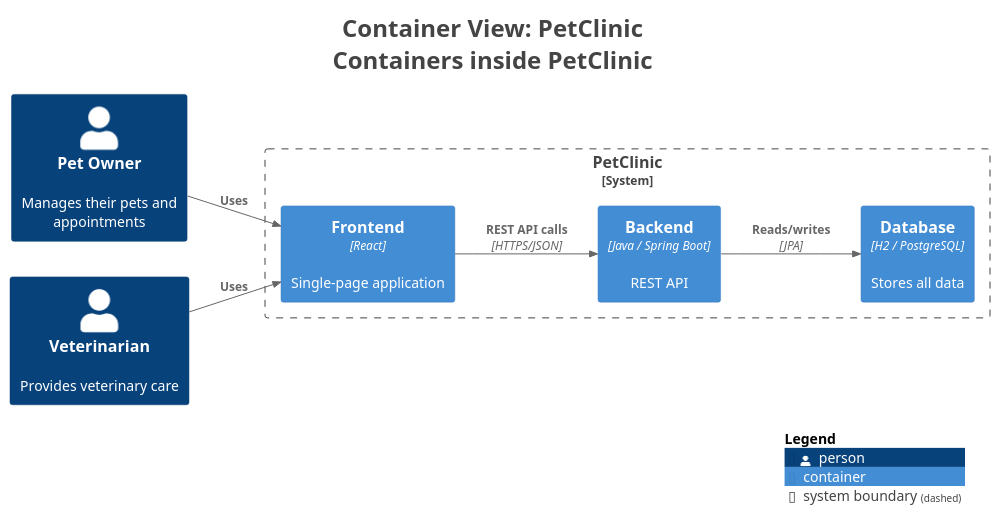
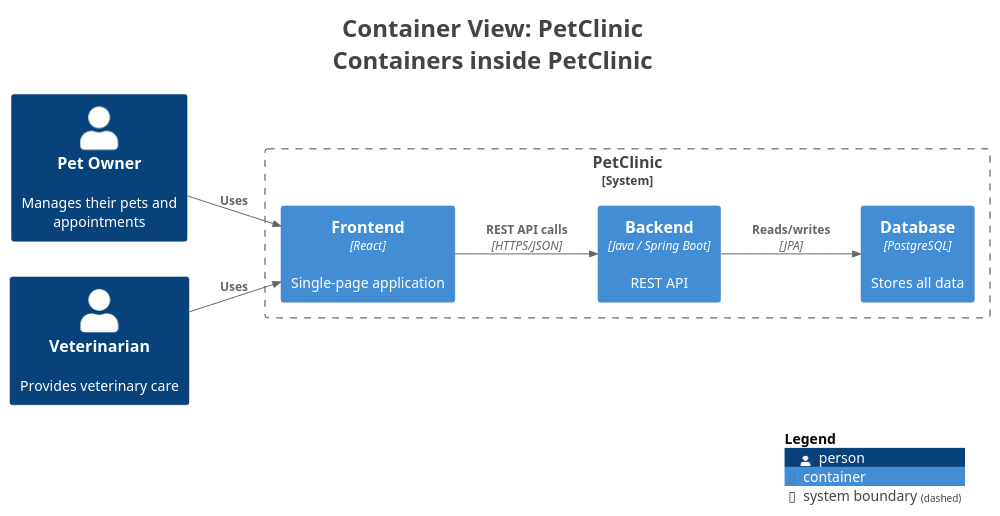
The diagram in petclinic-backend/docs/generated/c4views/C2-Containers.puml (victorrentea/petclinic), drawn with PlantUML before and after one commit. The commit also changed 44 other files, not shown here.

```diff
--- a/petclinic-backend/docs/generated/c4views/C2-Containers.puml
+++ b/petclinic-backend/docs/generated/c4views/C2-Containers.puml
@@ -1,34 +1,34 @@
 @startuml
 title <size:24>Container View: PetClinic</size>\n<size:24>Containers inside PetClinic</size>
 
 set separator none
 left to right direction
 
 <style>
   root {
     BackgroundColor: #ffffff
     FontColor: #444444
   }
 </style>
 
 !include <C4/C4>
 !include <C4/C4_Context>
 !include <C4/C4_Container>
 
 Person(PetOwner, "Pet Owner", $descr="Manages their pets and appointments", $tags="", $link="")
 Person(Veterinarian, "Veterinarian", $descr="Provides veterinary care", $tags="", $link="")
 
 System_Boundary("PetClinic_boundary", "PetClinic", $tags="") {
   Container(PetClinic.Frontend, "Frontend", $techn="React", $descr="Single-page application", $tags="", $link="")
   Container(PetClinic.Backend, "Backend", $techn="Java / Spring Boot", $descr="REST API", $tags="", $link="")
-  Container(PetClinic.Database, "Database", $techn="H2 / PostgreSQL", $descr="Stores all data", $tags="", $link="")
+  Container(PetClinic.Database, "Database", $techn="PostgreSQL", $descr="Stores all data", $tags="", $link="")
 }
 
 Rel(Veterinarian, PetClinic.Frontend, "Uses", $techn="", $tags="", $link="")
 Rel(PetClinic.Frontend, PetClinic.Backend, "REST API calls", $techn="HTTPS/JSON", $tags="", $link="")
 Rel(PetClinic.Backend, PetClinic.Database, "Reads/writes", $techn="JPA", $tags="", $link="")
 Rel(PetOwner, PetClinic.Frontend, "Uses", $techn="", $tags="", $link="")
 
 SHOW_LEGEND(true)
 hide stereotypes
 @enduml
```
